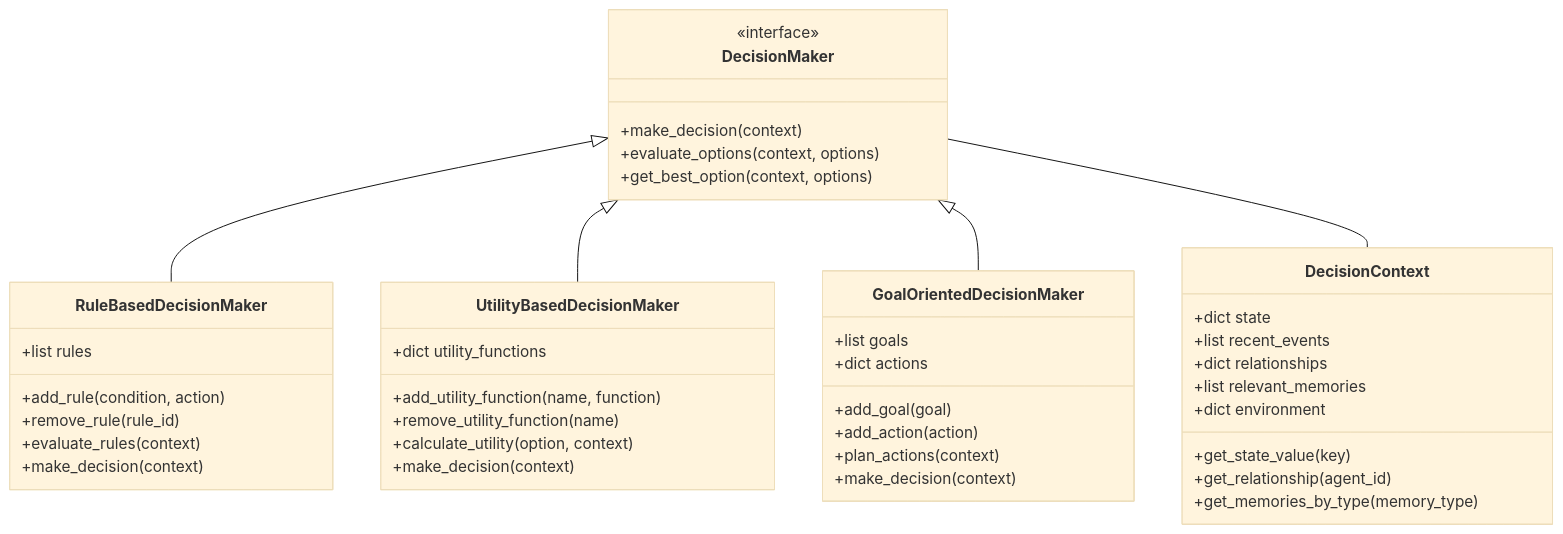
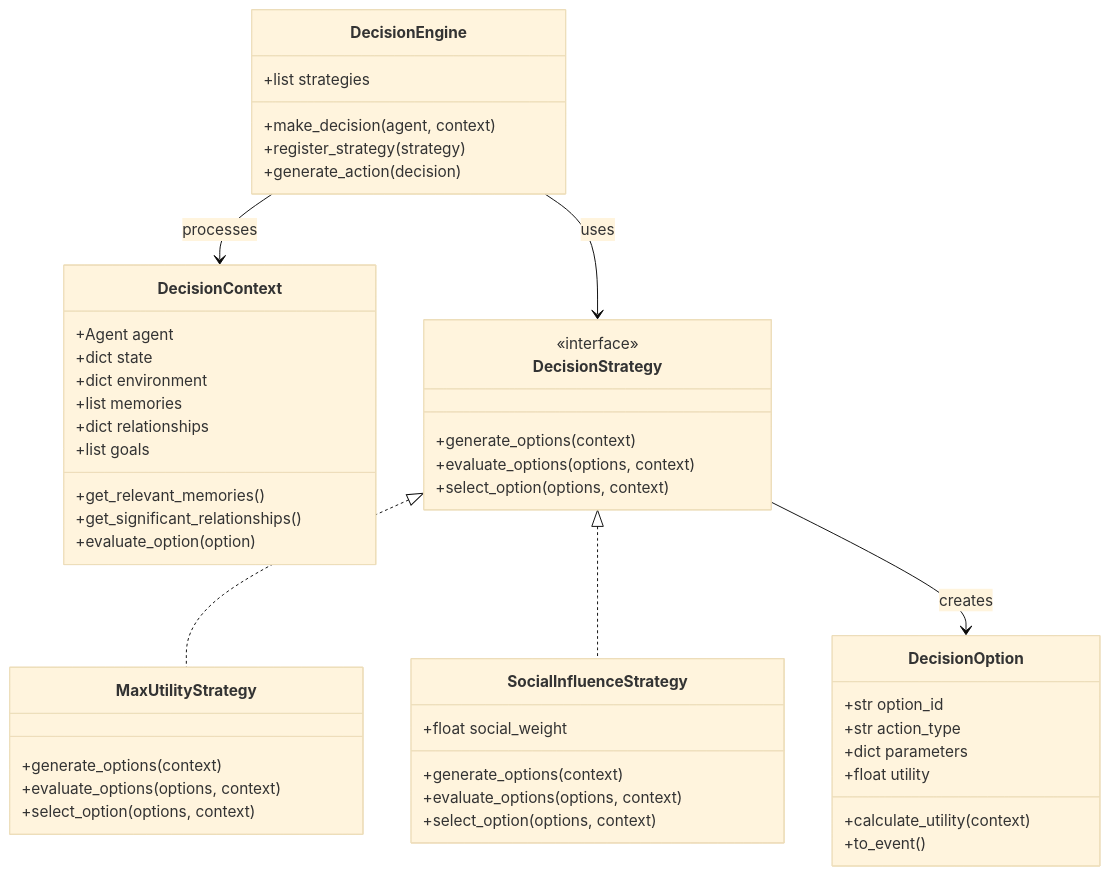
Before and after one commit to ianlintner/forum: the sixth of 12 diagrams in docs/agentic_framework/architecture.md, drawn with Mermaid (base theme). The commit also changed other lines of this file and 13 other files, not shown here.

````diff
--- a/docs/agentic_framework/architecture.md
+++ b/docs/agentic_framework/architecture.md
@@ -401,50 +421,56 @@
 ```mermaid
 classDiagram
     class DecisionContext {
+        +Agent agent
         +dict state
-        +list recent_events
+        +dict environment
+        +list memories
         +dict relationships
-        +list relevant_memories
-        +dict environment
-        +get_state_value(key)
-        +get_relationship(agent_id)
-        +get_memories_by_type(memory_type)
+        +list goals
+        +get_relevant_memories()
+        +get_significant_relationships()
+        +evaluate_option(option)
     }
     
-    class DecisionMaker {
-        <<interface>>
-        +make_decision(context)
-        +evaluate_options(context, options)
-        +get_best_option(context, options)
+    class DecisionOption {
+        +str option_id
+        +str action_type
+        +dict parameters
+        +float utility
+        +calculate_utility(context)
+        +to_event()
     }
     
-    class RuleBasedDecisionMaker {
-        +list rules
-        +add_rule(condition, action)
-        +remove_rule(rule_id)
-        +evaluate_rules(context)
-        +make_decision(context)
+    class DecisionStrategy {
+        <<interface>>
+        +generate_options(context)
+        +evaluate_options(options, context)
+        +select_option(options, context)
     }
     
-    class UtilityBasedDecisionMaker {
-        +dict utility_functions
-        +add_utility_function(name, function)
-        +remove_utility_function(name)
-        +calculate_utility(option, context)
-        +make_decision(context)
+    class MaxUtilityStrategy {
+        +generate_options(context)
+        +evaluate_options(options, context)
+        +select_option(options, context)
     }
     
-    class GoalOrientedDecisionMaker {
-        +list goals
-        +dict actions
-        +add_goal(goal)
-        +add_action(action)
-        +plan_actions(context)
-        +make_decision(context)
+    class SocialInfluenceStrategy {
+        +float social_weight
+        +generate_options(context)
+        +evaluate_options(options, context)
+        +select_option(options, context)
     }
     
-    DecisionMaker <|-- RuleBasedDecisionMaker
-    DecisionMaker <|-- UtilityBasedDecisionMaker
-    DecisionMaker <|-- GoalOrientedDecisionMaker
-    DecisionMaker -- DecisionContext
+    class DecisionEngine {
+        +list strategies
+        +make_decision(agent, context)
+        +register_strategy(strategy)
+        +generate_action(decision)
+    }
+    
+    DecisionEngine --> DecisionStrategy : uses
+    DecisionEngine --> DecisionContext : processes
+    DecisionStrategy <|.. MaxUtilityStrategy
+    DecisionStrategy <|.. SocialInfluenceStrategy
+    DecisionStrategy --> DecisionOption : creates
 ```
````
